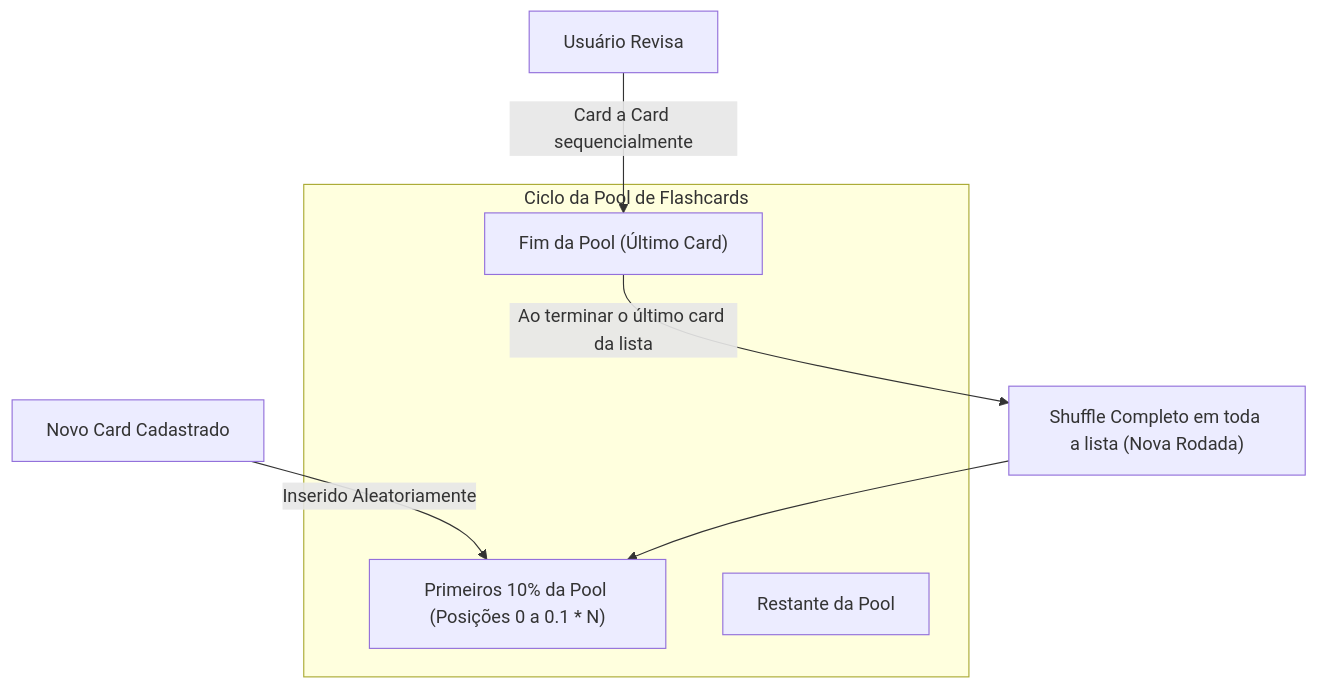
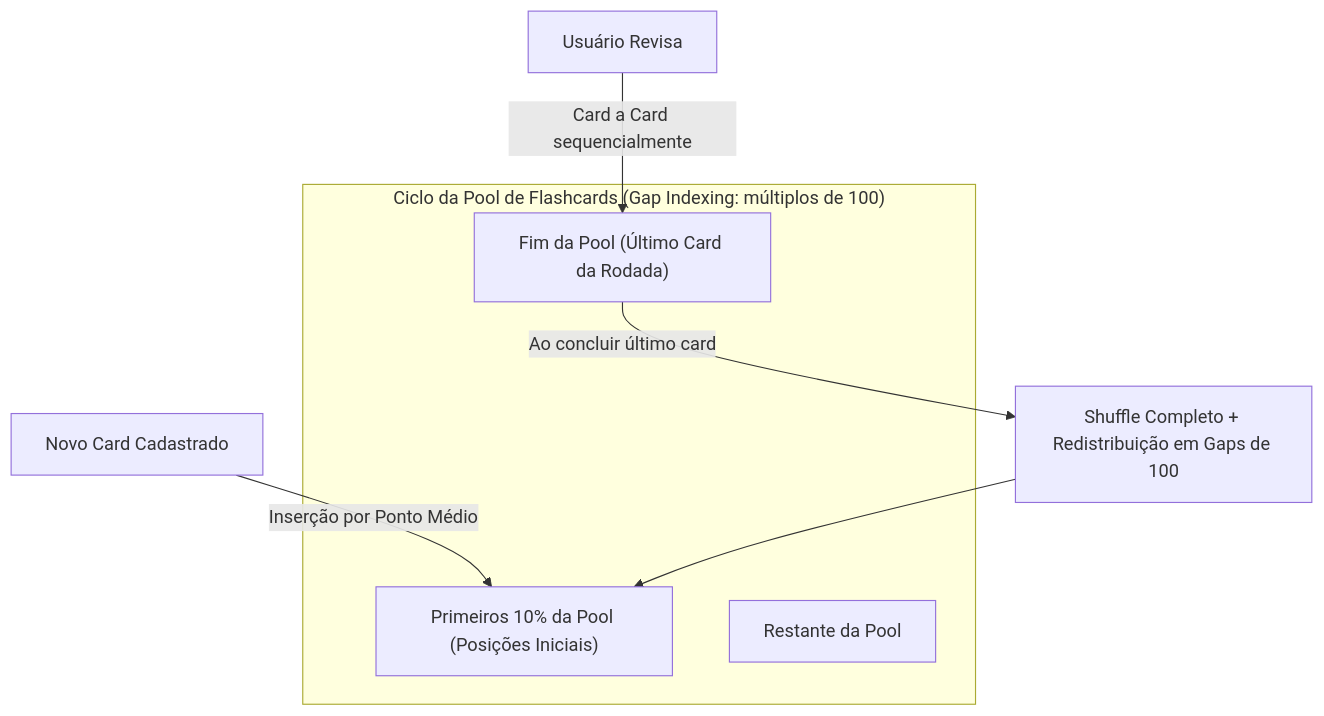
Before and after one commit to gabrielffreitas94-commits/study_reviewer: the first of 4 diagrams in PRD.md, drawn with Mermaid. The commit also changed other lines of this file, not shown here.

````diff
--- a/PRD.md
+++ b/PRD.md
@@ -27,13 +30,13 @@
 ```mermaid
 flowchart TD
-    subgraph Ciclo_da_Pool["Ciclo da Pool de Flashcards"]
-        Head["Primeiros 10% da Pool (Posições 0 a 0.1 * N)"]
+    subgraph Ciclo_da_Pool["Ciclo da Pool de Flashcards (Gap Indexing: múltiplos de 100)"]
+        Head["Primeiros 10% da Pool (Posições Iniciais)"]
         Body["Restante da Pool"]
-        Tail["Fim da Pool (Último Card)"]
+        Tail["Fim da Pool (Último Card da Rodada)"]
     end
 
-    NewCard["Novo Card Cadastrado"] -->|Inserido Aleatoriamente| Head
+    NewCard["Novo Card Cadastrado"] -->|Inserção por Ponto Médio| Head
     User["Usuário Revisa"] -->|Card a Card sequencialmente| Tail
-    Tail -->|Ao terminar o último card da lista| Shuffle["Shuffle Completo em toda a lista (Nova Rodada)"]
+    Tail -->|Ao concluir último card| Shuffle["Shuffle Completo + Redistribuição em Gaps de 100"]
     Shuffle --> Head
 ```
````
